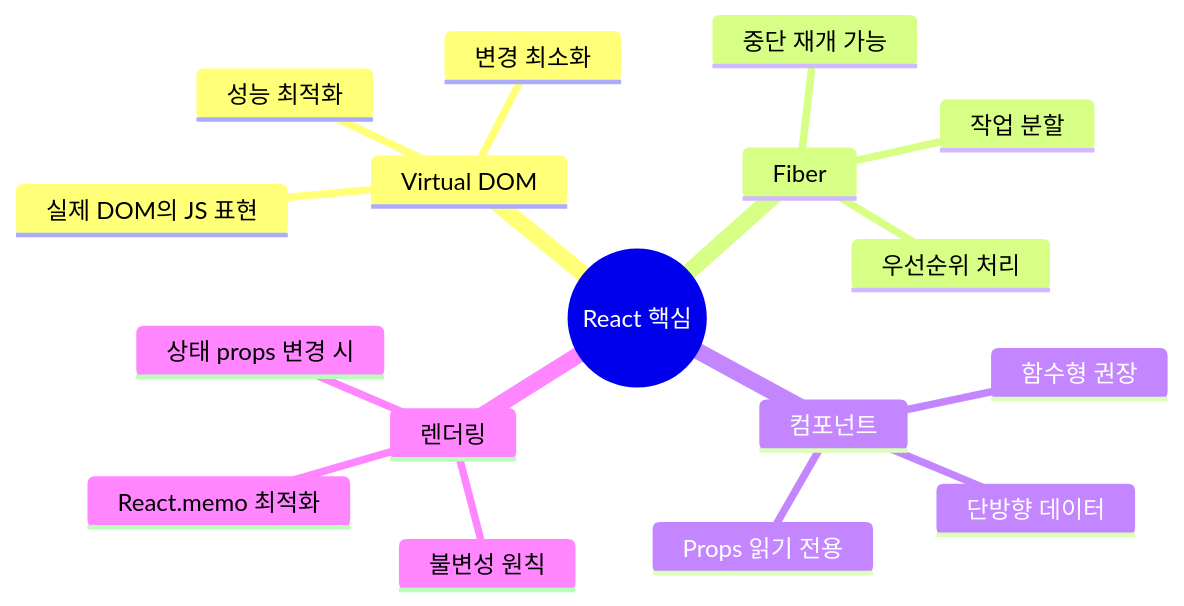
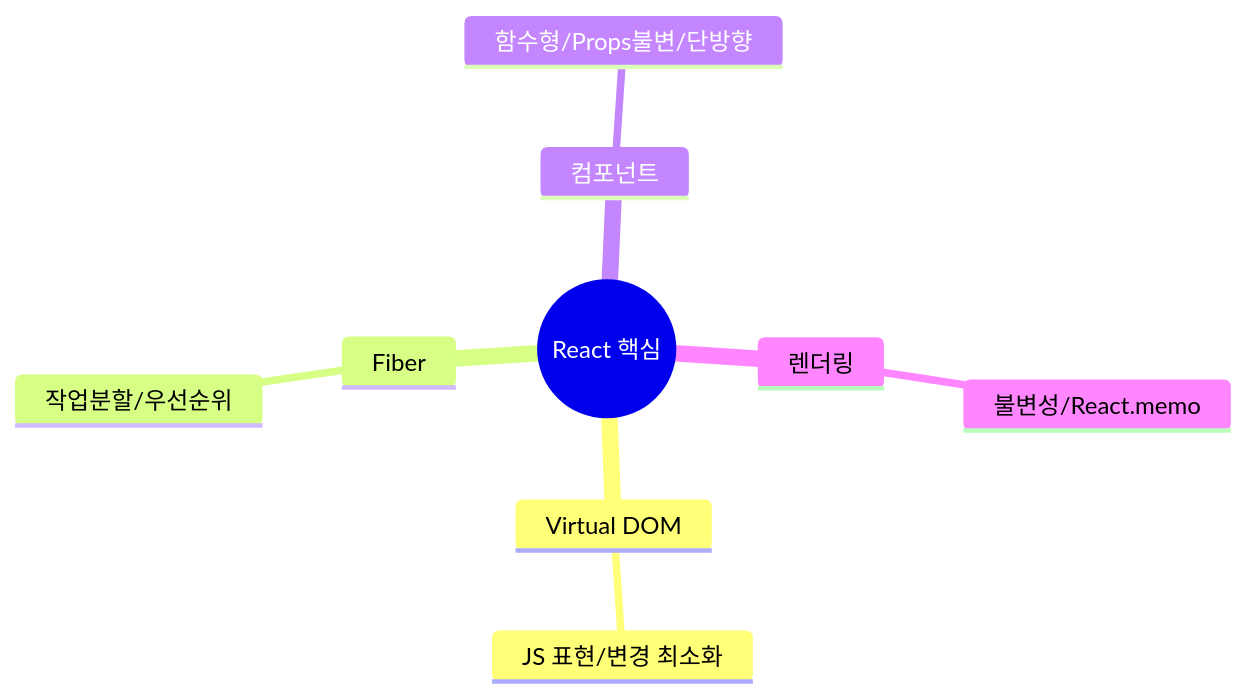
Before and after one commit to yjkim2015/yjkim2015.github.io: the sixth of 6 diagrams in _posts/frontend/2026-05-02-react-fundamentals.md, drawn with Mermaid. The commit also changed other lines of this file and 215 other files, not shown here.

First line of the commit message:
신규 포스트 10개 추가 + Mermaid 전면 축소 + SystemDesign 시리즈 보강

````diff
--- a/_posts/frontend/2026-05-02-react-fundamentals.md
+++ b/_posts/frontend/2026-05-02-react-fundamentals.md
@@ -365,20 +314,12 @@
 ```mermaid
 mindmap
   root((React 핵심))
     Virtual DOM
-      실제 DOM의 JS 표현
-      변경 최소화
-      성능 최적화
+      JS 표현/변경 최소화
     Fiber
-      작업 분할
-      우선순위 처리
-      중단 재개 가능
+      작업분할/우선순위
     컴포넌트
-      함수형 권장
-      Props 읽기 전용
-      단방향 데이터
+      함수형/Props불변/단방향
     렌더링
-      상태 props 변경 시
-      불변성 원칙
-      React.memo 최적화
+      불변성/React.memo
 ```
````
